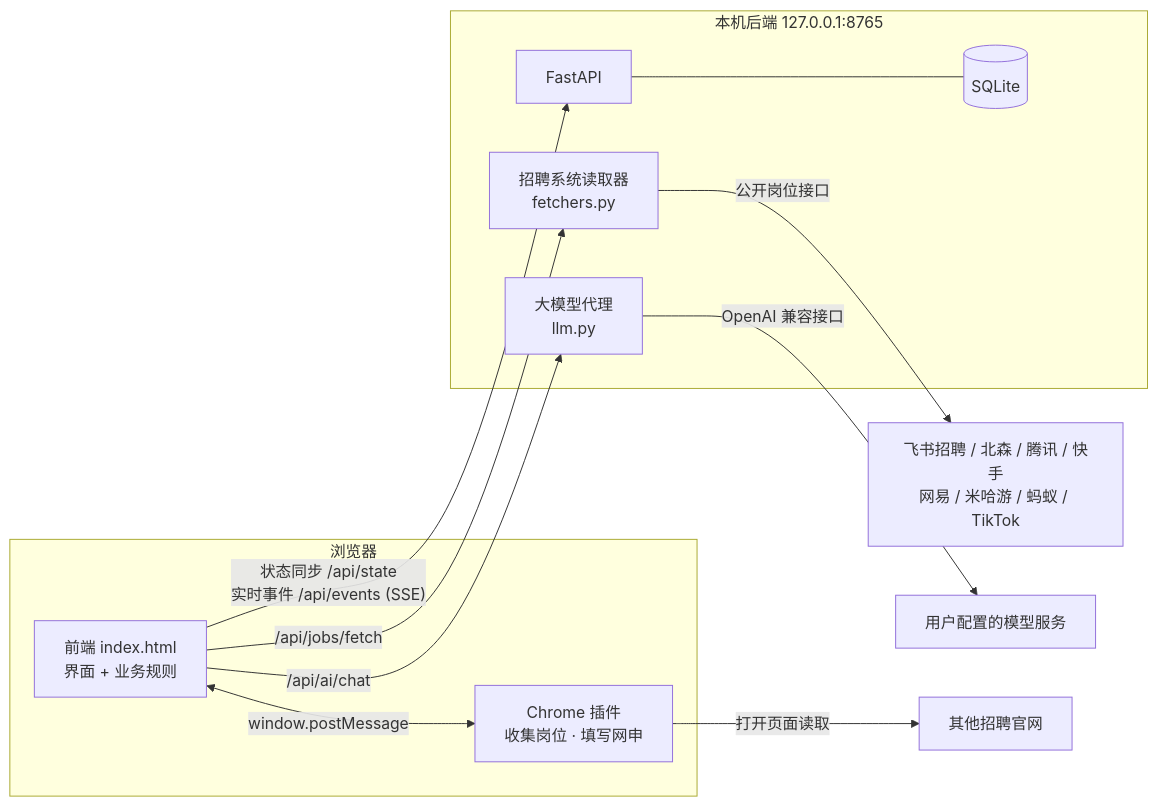
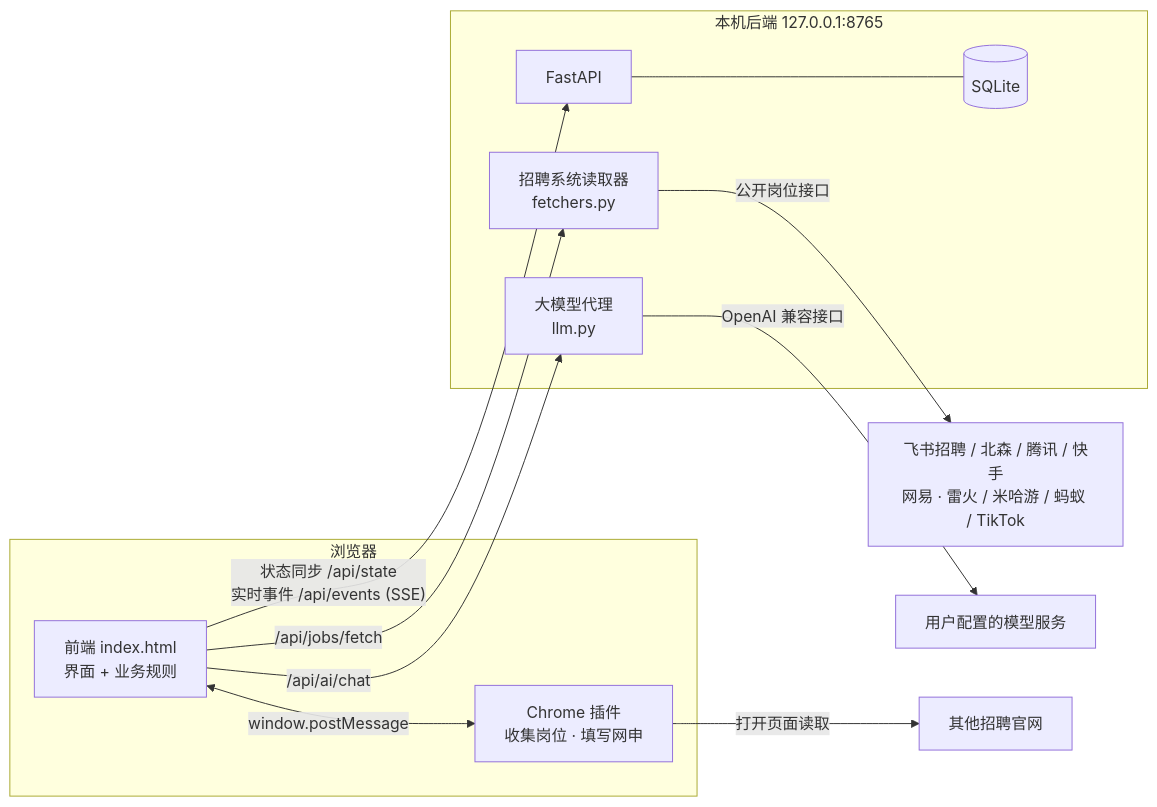
One commit to dontworrybeharry/offer changed the first of 2 diagrams in docs/ARCHITECTURE.md. Above: the diagram before and after it, drawn with Mermaid. The commit also changed other lines of this file and 11 other files, not shown here.

````diff
--- a/docs/ARCHITECTURE.md
+++ b/docs/ARCHITECTURE.md
@@ -15,21 +15,21 @@
 ```mermaid
 flowchart LR
   subgraph Browser["浏览器"]
     UI["前端 index.html<br/>界面 + 业务规则"]
     EXT["Chrome 插件<br/>收集岗位 · 填写网申"]
   end
   subgraph Local["本机后端 127.0.0.1:8765"]
     API["FastAPI"]
     DB[("SQLite")]
     F["招聘系统读取器<br/>fetchers.py"]
     LLM["大模型代理<br/>llm.py"]
   end
   UI -- "状态同步 /api/state<br/>实时事件 /api/events (SSE)" --> API
   UI -- "/api/jobs/fetch" --> F
   UI -- "/api/ai/chat" --> LLM
   UI <-- "window.postMessage" --> EXT
   API --- DB
-  F -- "公开岗位接口" --> ATS["飞书招聘 / 北森 / 腾讯 / 快手<br/>网易 / 米哈游 / 蚂蚁 / TikTok"]
+  F -- "公开岗位接口" --> ATS["飞书招聘 / 北森 / 腾讯 / 快手<br/>网易 · 雷火 / 米哈游 / 蚂蚁 / TikTok"]
   EXT -- "打开页面读取" --> Sites["其他招聘官网"]
   LLM -- "OpenAI 兼容接口" --> Model["用户配置的模型服务"]
 ```
````
